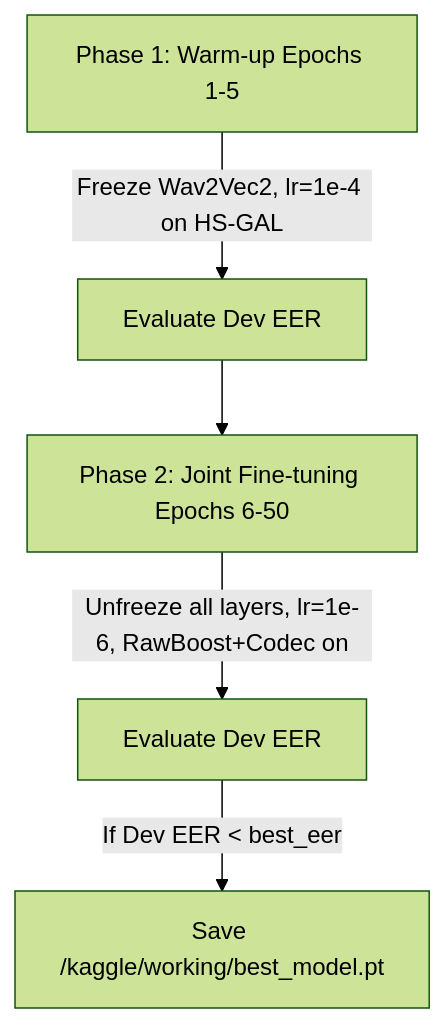
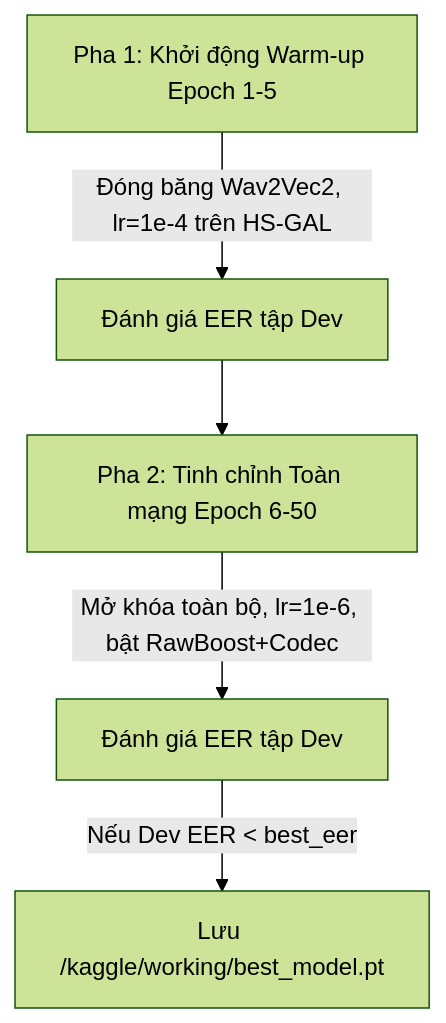
The diagram in docs/LOGIC_models.md (saketai72-oss/VieTrueVoice), drawn with Mermaid (forest theme) before and after one commit. The commit also changed other lines of this file and 9 other files, not shown here.

````diff
--- a/docs/LOGIC_models.md
+++ b/docs/LOGIC_models.md
@@ -40,7 +43,7 @@
 ```mermaid
 graph TD
-    Phase1[Phase 1: Warm-up Epochs 1-5] -->|Freeze Wav2Vec2, lr=1e-4 on HS-GAL| Phase1Eval[Evaluate Dev EER]
-    Phase1Eval --> Phase2[Phase 2: Joint Fine-tuning Epochs 6-50]
-    Phase2 -->|Unfreeze all layers, lr=1e-6, RawBoost+Codec on| Phase2Eval[Evaluate Dev EER]
-    Phase2Eval -->|If Dev EER < best_eer| SaveCheckpoint[Save /kaggle/working/best_model.pt]
+    Phase1[Pha 1: Khởi động Warm-up Epoch 1-5] -->|Đóng băng Wav2Vec2, lr=1e-4 trên HS-GAL| Phase1Eval[Đánh giá EER tập Dev]
+    Phase1Eval --> Phase2[Pha 2: Tinh chỉnh Toàn mạng Epoch 6-50]
+    Phase2 -->|Mở khóa toàn bộ, lr=1e-6, bật RawBoost+Codec| Phase2Eval[Đánh giá EER tập Dev]
+    Phase2Eval -->|Nếu Dev EER < best_eer| SaveCheckpoint[Lưu /kaggle/working/best_model.pt]
 ```
````
